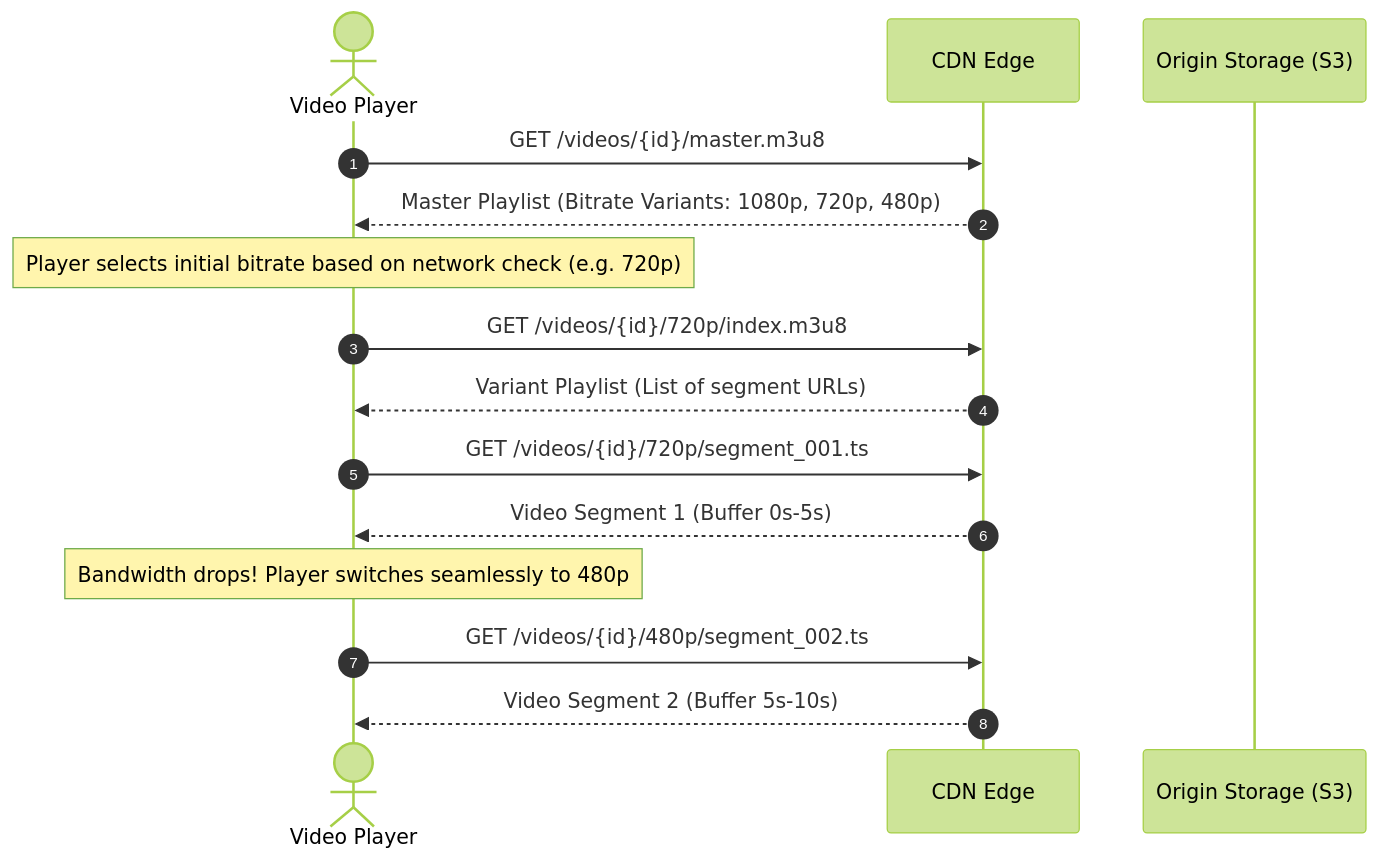
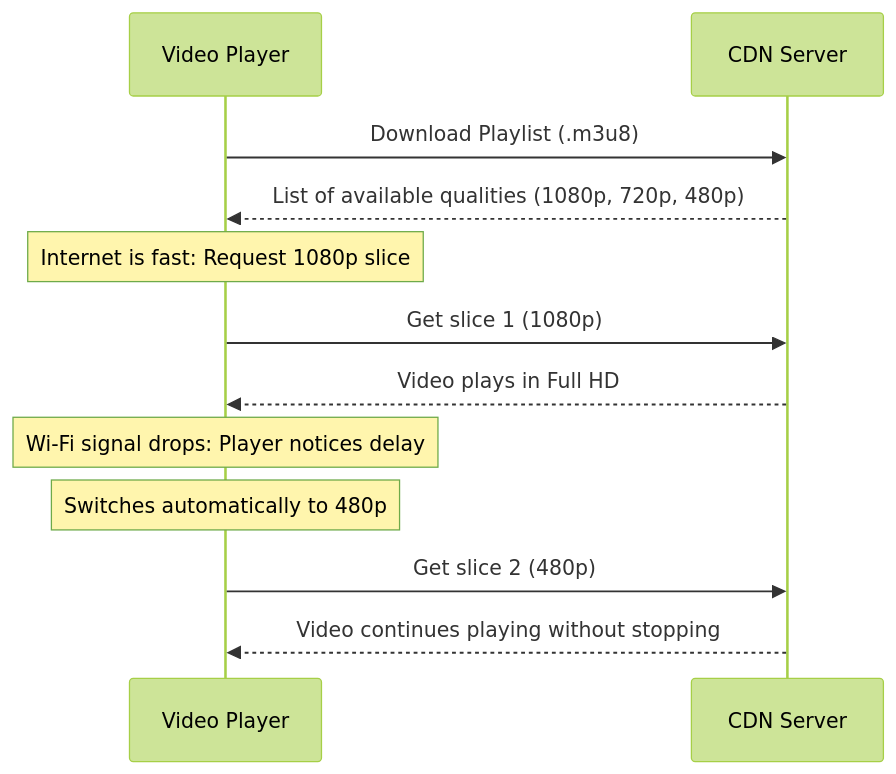
One commit to Rumman90/system-design-video-streaming changed the second of 2 diagrams in README.md. Above: the diagram before and after it, drawn with Mermaid (forest theme). The commit also changed other lines of this file and 9 other files, not shown here.

````diff
--- a/README.md
+++ b/README.md
@@ -172,21 +100,17 @@
 ```mermaid
 sequenceDiagram
-    autonumber
-    actor Player as Video Player
-    participant CDN as CDN Edge
-    participant S3 as Origin Storage (S3)
+    participant Player as Video Player
+    participant CDN as CDN Server
 
-    Player->>CDN: GET /videos/{id}/master.m3u8
-    CDN-->>Player: Master Playlist (Bitrate Variants: 1080p, 720p, 480p)
+    Player->>CDN: Download Playlist (.m3u8)
+    CDN-->>Player: List of available qualities (1080p, 720p, 480p)
     
-    Note over Player: Player selects initial bitrate based on network check (e.g. 720p)
-    Player->>CDN: GET /videos/{id}/720p/index.m3u8
-    CDN-->>Player: Variant Playlist (List of segment URLs)
+    Note over Player: Internet is fast: Request 1080p slice
+    Player->>CDN: Get slice 1 (1080p)
+    CDN-->>Player: Video plays in Full HD
     
-    Player->>CDN: GET /videos/{id}/720p/segment_001.ts
-    CDN-->>Player: Video Segment 1 (Buffer 0s-5s)
-    
-    Note over Player: Bandwidth drops! Player switches seamlessly to 480p
-    Player->>CDN: GET /videos/{id}/480p/segment_002.ts
-    CDN-->>Player: Video Segment 2 (Buffer 5s-10s)
+    Note over Player: Wi-Fi signal drops: Player notices delay
+    Note over Player: Switches automatically to 480p
+    Player->>CDN: Get slice 2 (480p)
+    CDN-->>Player: Video continues playing without stopping
 ```
````
